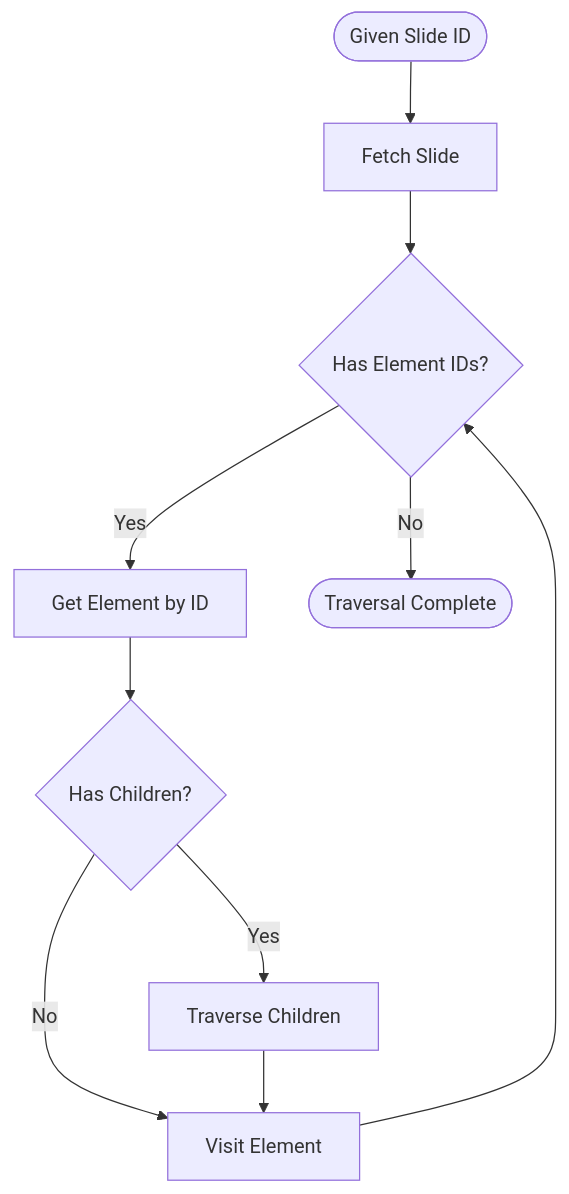
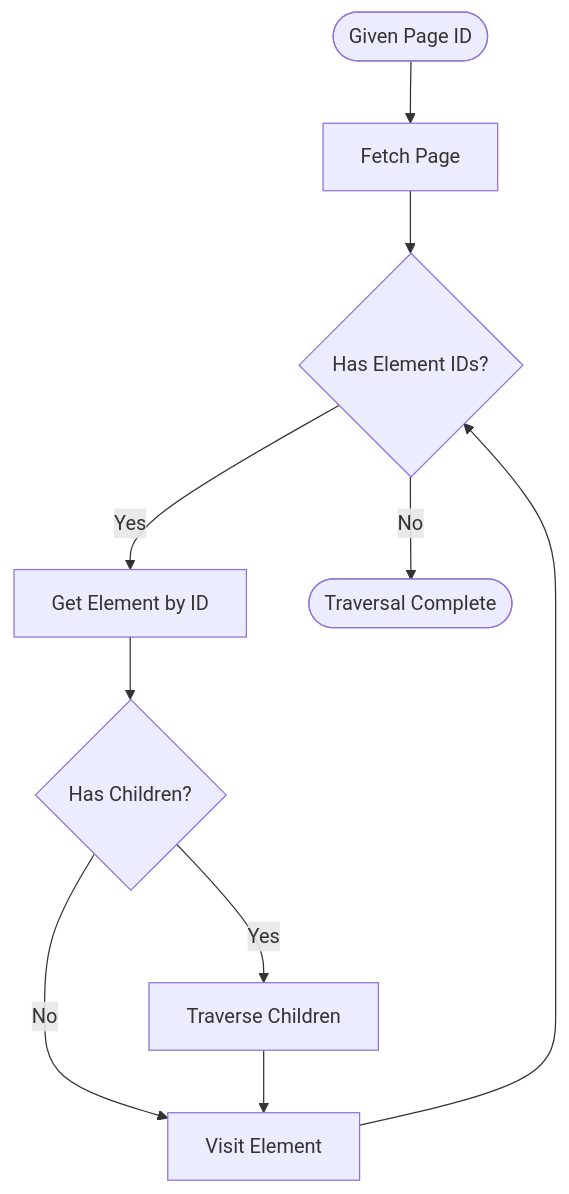
One commit to Anna0314zy/ai_editor_enginer changed diagram 13 of 15 in .qoder/repowiki/en/content/Core Engine System/Core Engine System.md. Above: the diagram before and after it, drawn with Mermaid. The commit also changed other lines of this file and 12 other files, not shown here.

````diff
--- a/.qoder/repowiki/en/content/Core Engine System/Core Engine System.md
+++ b/.qoder/repowiki/en/content/Core Engine System/Core Engine System.md
@@ -745,12 +733,12 @@
 ```mermaid
 flowchart TD
-Start(["Given Slide ID"]) --> Fetch["Fetch Slide"]
+Start(["Given Page ID"]) --> Fetch["Fetch Page"]
 Fetch --> Loop{"Has Element IDs?"}
 Loop --> |Yes| Next["Get Element by ID"]
 Next --> Children{"Has Children?"}
 Children --> |Yes| Recurse["Traverse Children"]
 Children --> |No| Visit["Visit Element"]
 Recurse --> Visit
 Visit --> Loop
 Loop --> |No| End(["Traversal Complete"])
 ```
````
